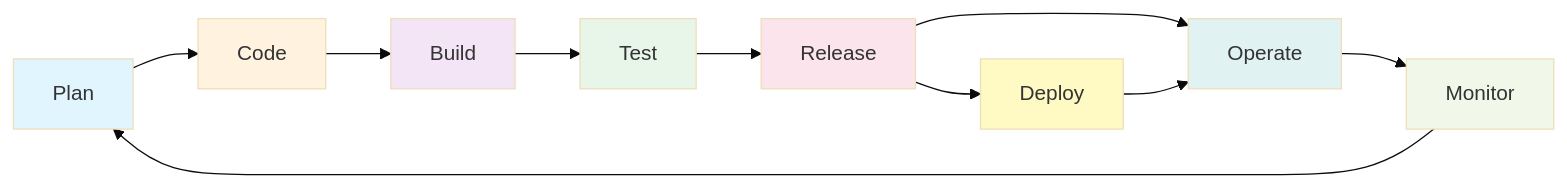
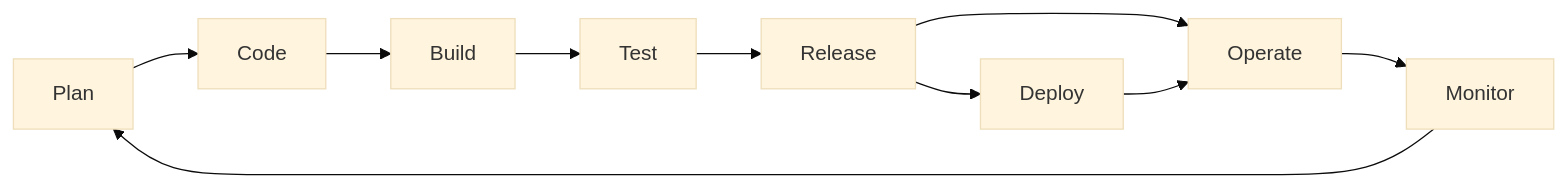
Before and after one commit to ShivanMalde/personal-website: the diagram in src/content/_index.md, drawn with Mermaid (base theme). The commit also changed other lines of this file and 10 other files, not shown here.

```diff
--- a/src/content/_index.md
+++ b/src/content/_index.md
@@ -20,21 +20,13 @@
 {{< mermaid >}}
 flowchart LR
     A[Plan] --> B[Code]
     B --> C[Build]
     C --> D[Test]
     D --> E[Release]
     E --> F[Deploy]
     E --> G[Operate]
     F --> G
     G --> H[Monitor]
     H --> A
 
-    style A fill:#e1f5fe
-    style B fill:#fff3e0
-    style C fill:#f3e5f5
-    style D fill:#e8f5e9
-    style E fill:#fce4ec
-    style F fill:#fff9c4
-    style G fill:#e0f2f1
-    style H fill:#f1f8e9
 {{< /mermaid >}}
```
